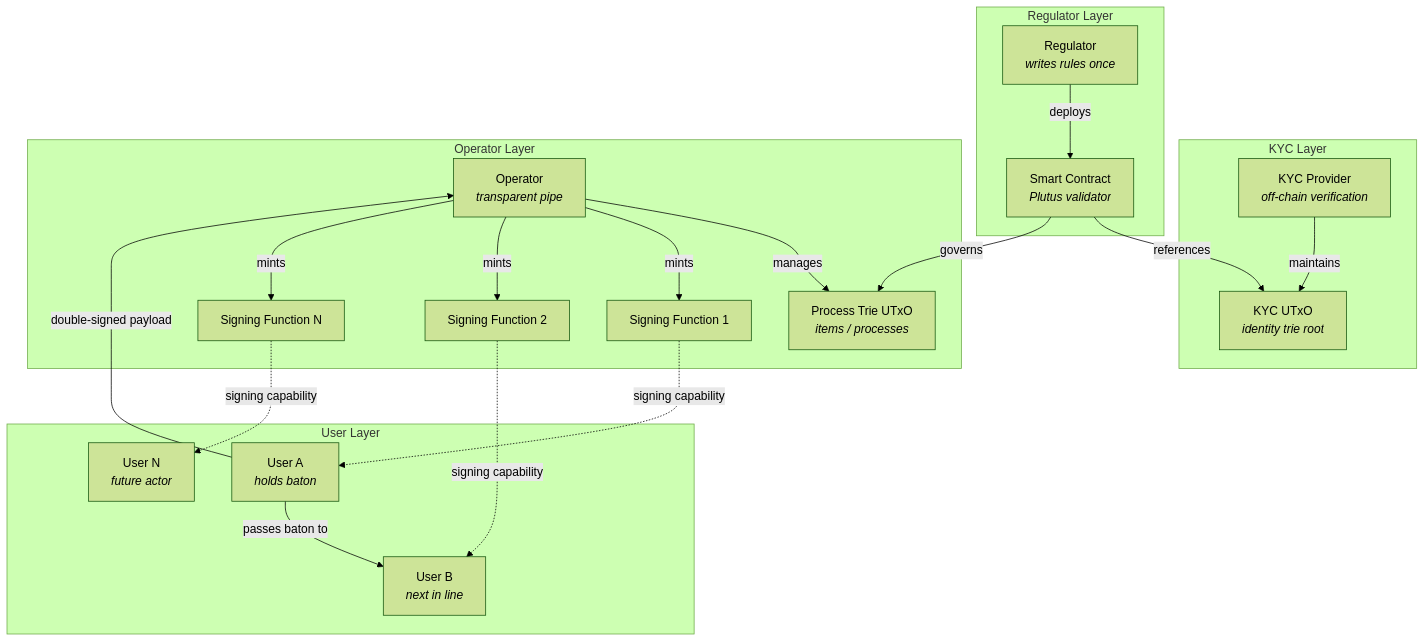
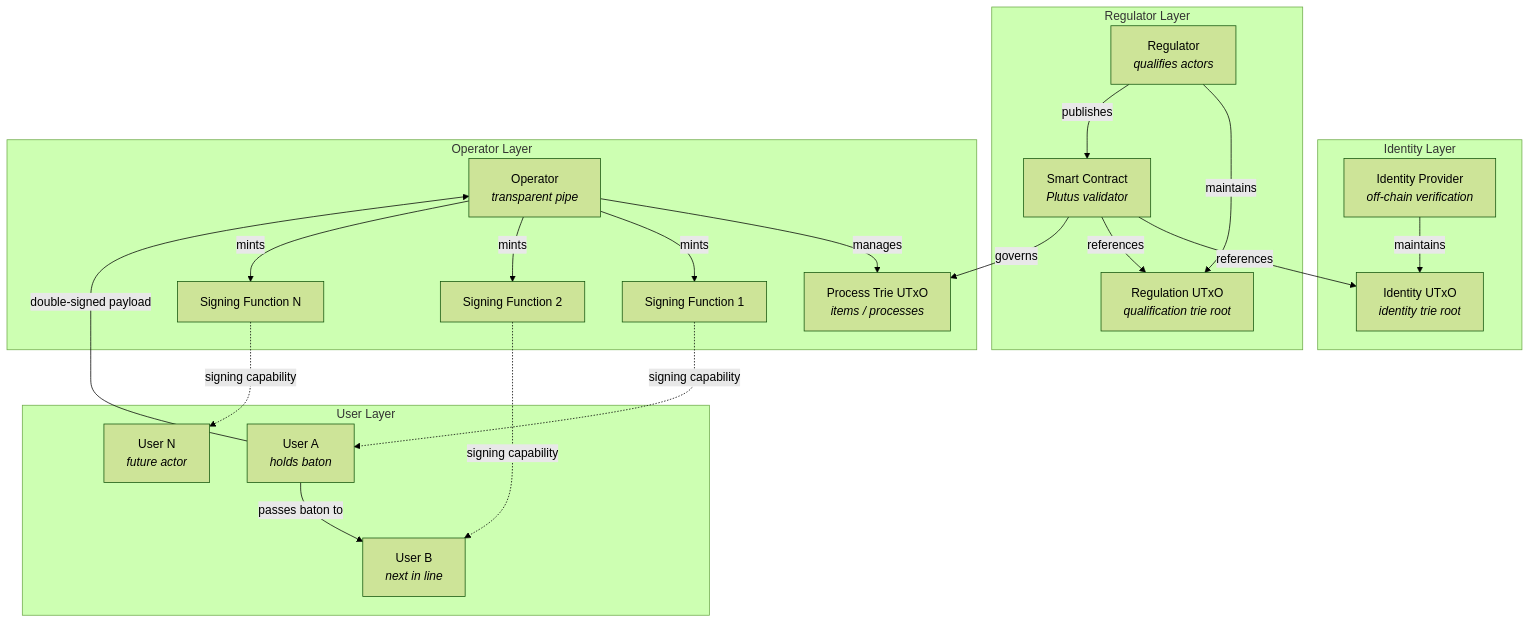
One commit to lambdasistemi/cardano-for-regulators changed diagram 20 of 20 in docs/framework/schema.md. Above: the diagram before and after it, drawn with Mermaid (forest theme). The commit also changed other lines of this file and 8 other files, not shown here.

First line of the commit message:
Fix mermaid HTML labels and deploy on every push (#5)

````diff
--- a/docs/framework/schema.md
+++ b/docs/framework/schema.md
@@ -577,41 +822,44 @@
 ```mermaid
 graph TB
-    subgraph KYC Layer
-        KYC_P[KYC Provider<br/><i>off-chain verification</i>]
-        KYC_UTxO[KYC UTxO<br/><i>identity trie root</i>]
-        KYC_P -->|maintains| KYC_UTxO
+    subgraph Identity Layer
+        IDP_P[Identity Provider<br/><i>off-chain verification</i>]
+        IDP_UTxO[Identity UTxO<br/><i>identity trie root</i>]
+        IDP_P -->|maintains| IDP_UTxO
     end
 
     subgraph Regulator Layer
-        REG[Regulator<br/><i>writes rules once</i>]
+        REG[Regulator<br/><i>qualifies actors</i>]
+        REG_UTxO[Regulation UTxO<br/><i>qualification trie root</i>]
         SC[Smart Contract<br/><i>Plutus validator</i>]
-        REG -->|deploys| SC
-        SC -->|references| KYC_UTxO
+        REG -->|maintains| REG_UTxO
+        REG -->|publishes| SC
+        SC -->|references| IDP_UTxO
+        SC -->|references| REG_UTxO
     end
 
     subgraph Operator Layer
         OP[Operator<br/><i>transparent pipe</i>]
         TRIE[Process Trie UTxO<br/><i>items / processes</i>]
         SF1[Signing Function 1]
         SF2[Signing Function 2]
         SF3[Signing Function N]
         OP -->|manages| TRIE
         OP -->|mints| SF1
         OP -->|mints| SF2
         OP -->|mints| SF3
         SC -->|governs| TRIE
     end
 
     subgraph User Layer
         U1[User A<br/><i>holds baton</i>]
         U2[User B<br/><i>next in line</i>]
         U3[User N<br/><i>future actor</i>]
     end
 
     SF1 -.->|signing capability| U1
     SF2 -.->|signing capability| U2
     SF3 -.->|signing capability| U3
 
     U1 -->|double-signed payload| OP
     U1 -->|passes baton to| U2
 ```
````
